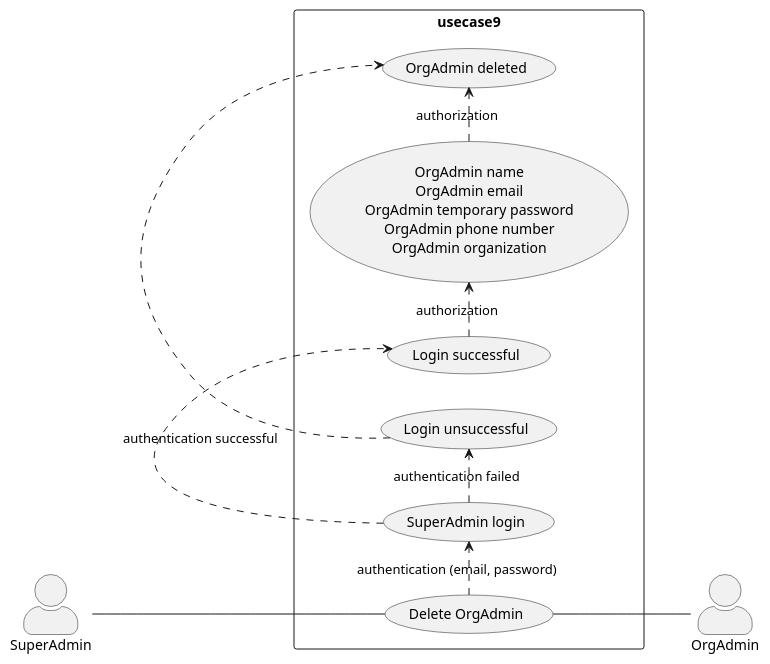
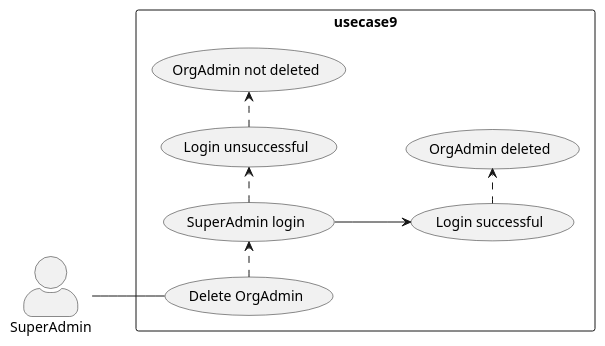
The diagram in 9_super_admin_usecase9.wsd (wawerualbert/CodeHub), drawn with PlantUML before and after one commit. The commit also changed 2 other files, not shown here.

```diff
--- a/9_super_admin_usecase9.wsd
+++ b/9_super_admin_usecase9.wsd
@@ -1,21 +1,19 @@
 @startuml SuperAdmin Delete Organization Admin
 
 skinparam actorStyle awesome
 left to right direction
 skinparam packageStyle rectangle
 
 actor SuperAdmin
-actor OrgAdmin
 
 rectangle usecase9{
-  SuperAdmin-- (Delete OrgAdmin)
-  (Delete OrgAdmin) .> (SuperAdmin login) : authentication (email, password)
-  (SuperAdmin login) .> (Login successful) : authentication successful
-  (Login successful) .> (OrgAdmin name\nOrgAdmin email\nOrgAdmin temporary password\nOrgAdmin phone number\nOrgAdmin organization) : authorization
-  (OrgAdmin name\nOrgAdmin email\nOrgAdmin temporary password\nOrgAdmin phone number\nOrgAdmin organization) .> (OrgAdmin deleted) : authorization 
-  (SuperAdmin login) .> (Login unsuccessful) : authentication failed
-  (Login unsuccessful) .> (OrgAdmin deleted)  
-  (Delete OrgAdmin)-- OrgAdmin
+  SuperAdmin -- (Delete OrgAdmin)
+  (Delete OrgAdmin) .> (SuperAdmin login)
+  (SuperAdmin login) --> (Login successful) 
+  (Login successful) .> (OrgAdmin deleted)
+  (SuperAdmin login) .> (Login unsuccessful) 
+  (Login unsuccessful) .> (OrgAdmin not deleted)  
+  (Delete OrgAdmin)
 }
 
 @enduml
```
